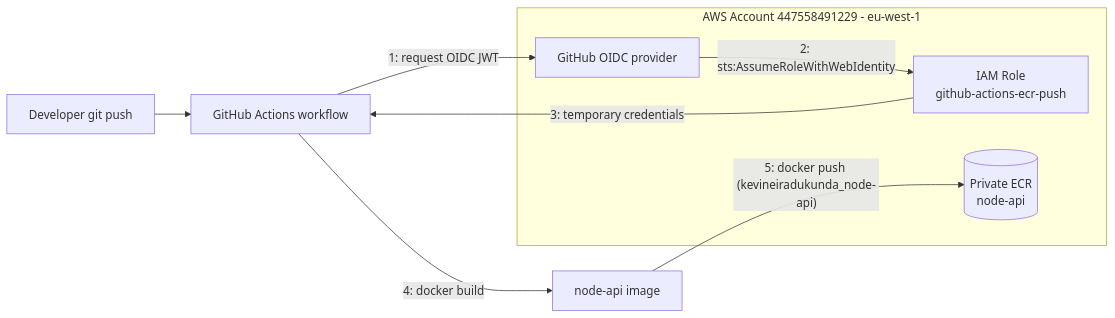
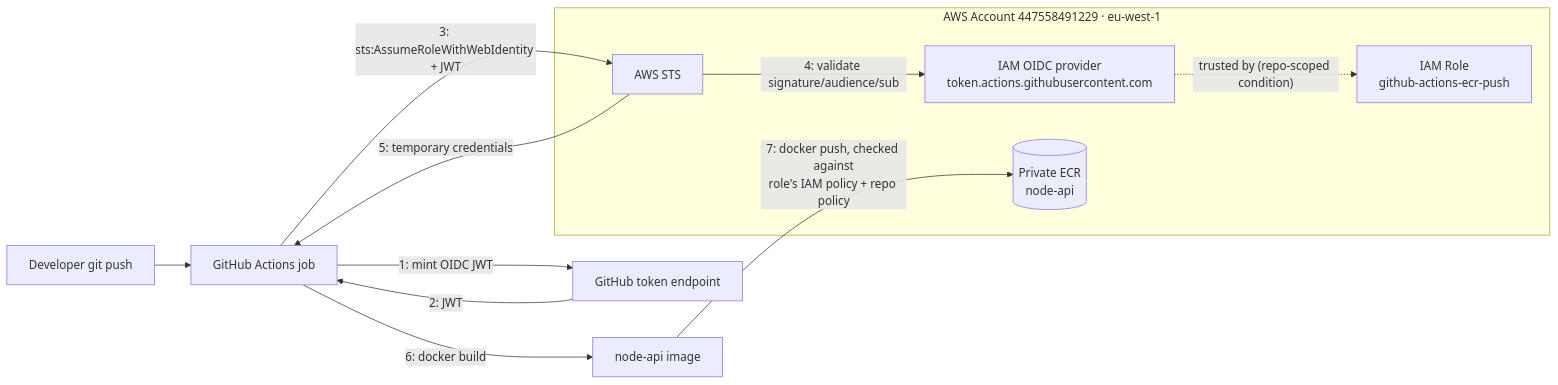
The diagram in README.md (Iradukunda54/docker-ecr-oidc-lab), drawn with Mermaid before and after one commit. The commit also changed other lines of this file and 1 other file, not shown here.

First line of the commit message:
Add ECR repository policy and correct OIDC architecture diagram

````diff
--- a/README.md
+++ b/README.md
@@ -9,15 +9,19 @@
 ```mermaid
 flowchart LR
-    Dev[Developer git push] --> GHA[GitHub Actions workflow]
-    GHA -- "1: request OIDC JWT" --> OIDC[GitHub OIDC provider]
-    OIDC -- "2: sts:AssumeRoleWithWebIdentity" --> Role[IAM Role\ngithub-actions-ecr-push]
-    Role -- "3: temporary credentials" --> GHA
-    GHA -- "4: docker build" --> Image[node-api image]
-    Image -- "5: docker push (kevineiradukunda_node-api)" --> ECR[(Private ECR\nnode-api)]
+    Dev[Developer git push] --> GHA[GitHub Actions job]
+    GHA -- "1: mint OIDC JWT" --> GHOIDC[GitHub token endpoint]
+    GHOIDC -- "2: JWT" --> GHA
+    GHA -- "3: sts:AssumeRoleWithWebIdentity + JWT" --> STS[AWS STS]
+    STS -- "4: validate signature/audience/sub" --> Provider[IAM OIDC provider<br/>token.actions.githubusercontent.com]
+    Provider -. "trusted by (repo-scoped condition)" .-> Role[IAM Role<br/>github-actions-ecr-push]
+    STS -- "5: temporary credentials" --> GHA
+    GHA -- "6: docker build" --> Image[node-api image]
+    Image -- "7: docker push, checked against<br/>role's IAM policy + repo policy" --> ECR[(Private ECR<br/>node-api)]
 
-    subgraph AWS Account 447558491229 - eu-west-1
-        OIDC
+    subgraph aws["AWS Account 447558491229 · eu-west-1"]
+        STS
+        Provider
         Role
         ECR
     end
 ```
````
